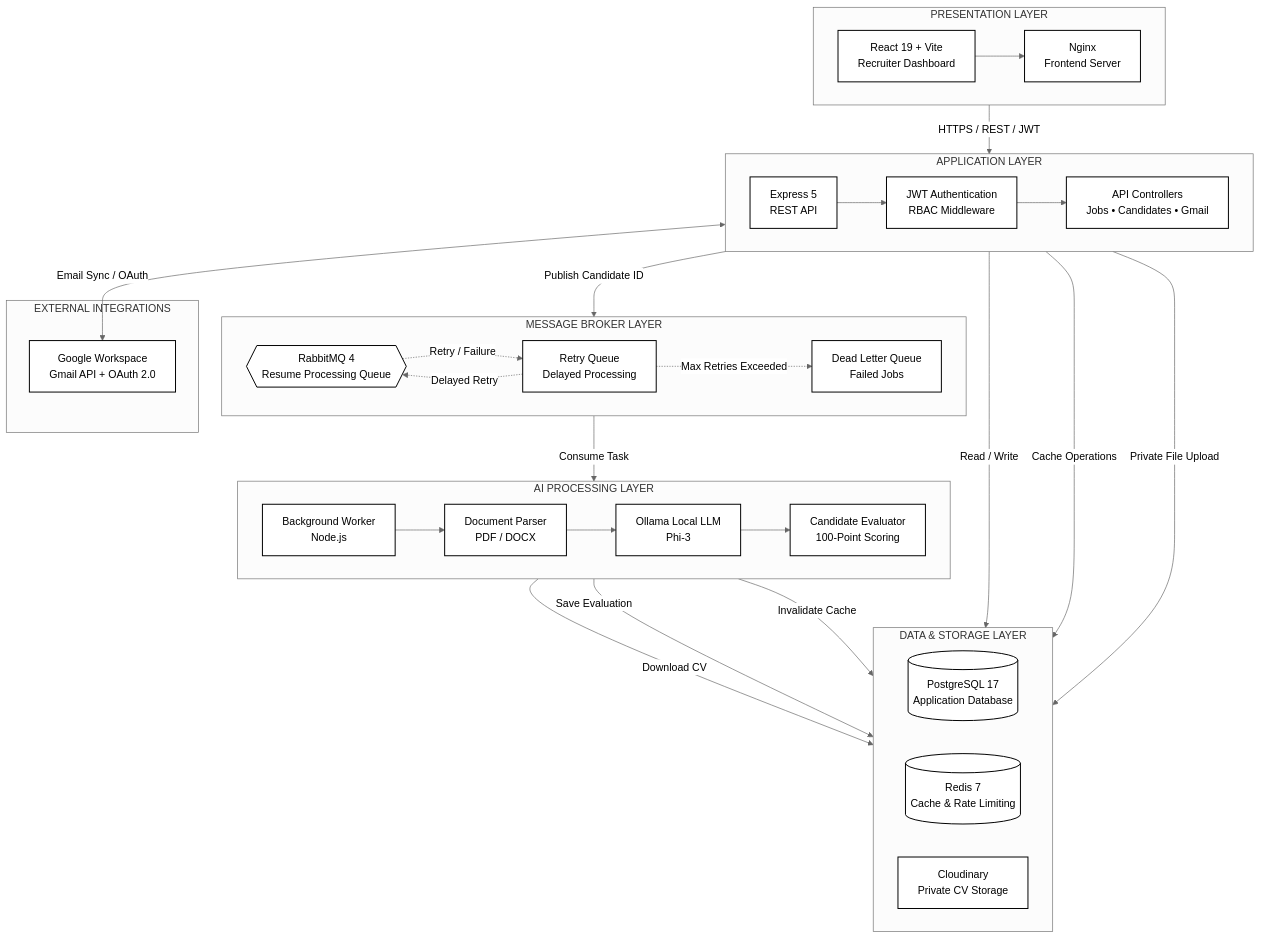
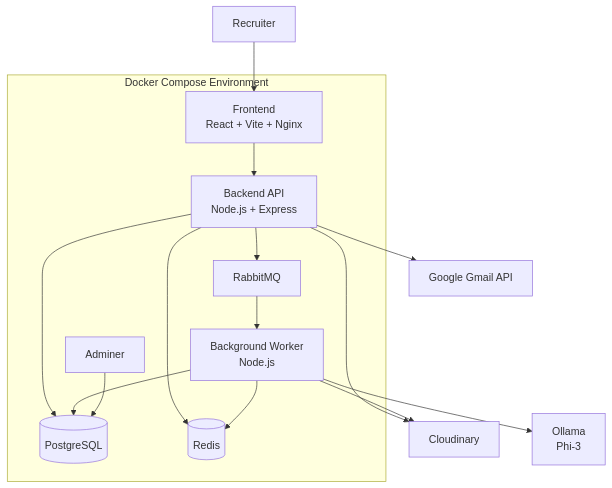
The first of 7 diagrams in README.md (DevOwais28/RecruitAI), drawn with Mermaid before and after one commit. The commit also changed other lines of this file, not shown here.

````diff
--- a/README.md
+++ b/README.md
@@ -42,74 +134,29 @@
 ```mermaid
-%%{init: {'theme': 'neutral'}}%%
 flowchart TB
+    R["Recruiter"] --> FE["Frontend<br/>React + Vite + Nginx"]
+    FE --> API["Backend API<br/>Node.js + Express"]
 
-    %% CLIENT LAYER
-    subgraph CLIENT["PRESENTATION LAYER"]
-        direction LR
-        UI["React 19 + Vite<br/>Recruiter Dashboard"]
-        NGINX["Nginx<br/>Frontend Server"]
-        UI --> NGINX
+    API --> DB[("PostgreSQL")]
+    API --> REDIS[("Redis")]
+    API --> CLOUD["Cloudinary"]
+    API --> RMQ["RabbitMQ"]
+    API --> GOOGLE["Google Gmail API"]
+
+    RMQ --> WORKER["Background Worker<br/>Node.js"]
+    WORKER --> CLOUD
+    WORKER --> AI["Ollama<br/>Phi-3"]
+    WORKER --> DB
+    WORKER --> REDIS
+
+    ADMIN["Adminer"] --> DB
+
+    subgraph DOCKER["Docker Compose Environment"]
+        FE
+        API
+        DB
+        REDIS
+        RMQ
+        WORKER
+        ADMIN
     end
-
-    %% API LAYER
-    subgraph BACKEND["APPLICATION LAYER"]
-        direction LR
-        API["Express 5<br/>REST API"]
-        AUTH["JWT Authentication<br/>RBAC Middleware"]
-        ROUTES["API Controllers<br/>Jobs • Candidates • Gmail"]
-        API --> AUTH --> ROUTES
-    end
-
-    %% STORAGE LAYER
-    subgraph STORAGE["DATA & STORAGE LAYER"]
-        direction LR
-        DB[("PostgreSQL 17<br/>Application Database")]
-        REDIS[("Redis 7<br/>Cache & Rate Limiting")]
-        CLOUD["Cloudinary<br/>Private CV Storage"]
-    end
-
-    %% QUEUE LAYER
-    subgraph QUEUE["MESSAGE BROKER LAYER"]
-        direction LR
-        RMQ{{"RabbitMQ 4<br/>Resume Processing Queue"}}
-        RETRY["Retry Queue<br/>Delayed Processing"]
-        DLQ["Dead Letter Queue<br/>Failed Jobs"]
-    end
-
-    %% AI LAYER
-    subgraph AI["AI PROCESSING LAYER"]
-        direction LR
-        WORKER["Background Worker<br/>Node.js"]
-        PARSER["Document Parser<br/>PDF / DOCX"]
-        LLM["Ollama Local LLM<br/>Phi-3"]
-        EVALUATOR["Candidate Evaluator<br/>100-Point Scoring"]
-        WORKER --> PARSER --> LLM --> EVALUATOR
-    end
-
-    %% EXTERNAL INTEGRATION
-    subgraph EXTERNAL["EXTERNAL INTEGRATIONS"]
-        GMAIL["Google Workspace<br/>Gmail API + OAuth 2.0"]
-    end
-
-    %% CONNECTIONS
-    NGINX -->|"HTTPS / REST / JWT"| API
-
-    ROUTES -->|"Read / Write"| DB
-    ROUTES -->|"Cache Operations"| REDIS
-    ROUTES -->|"Private File Upload"| CLOUD
-    ROUTES -->|"Publish Candidate ID"| RMQ
-
-    RMQ -->|"Consume Task"| WORKER
-    WORKER -->|"Download CV"| CLOUD
-    EVALUATOR -->|"Save Evaluation"| DB
-    EVALUATOR -->|"Invalidate Cache"| REDIS
-
-    ROUTES <-->|"Email Sync / OAuth"| GMAIL
-
-    RMQ -.->|"Retry / Failure"| RETRY
-    RETRY -.->|"Delayed Retry"| RMQ
-    RETRY -.->|"Max Retries Exceeded"| DLQ
-
-    %% B&W STYLING
-    classDef default fill:#FFFFFF,stroke:#000000,stroke-width:1.5px,color:#000000;
 ```
````
